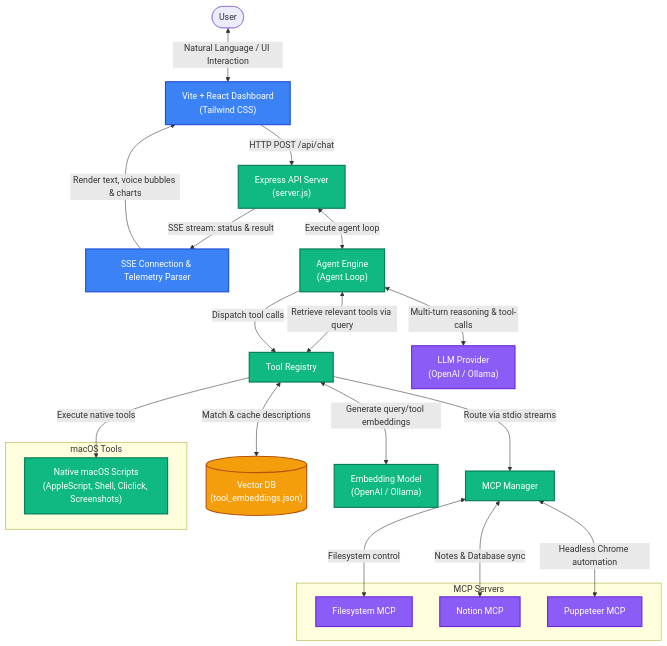
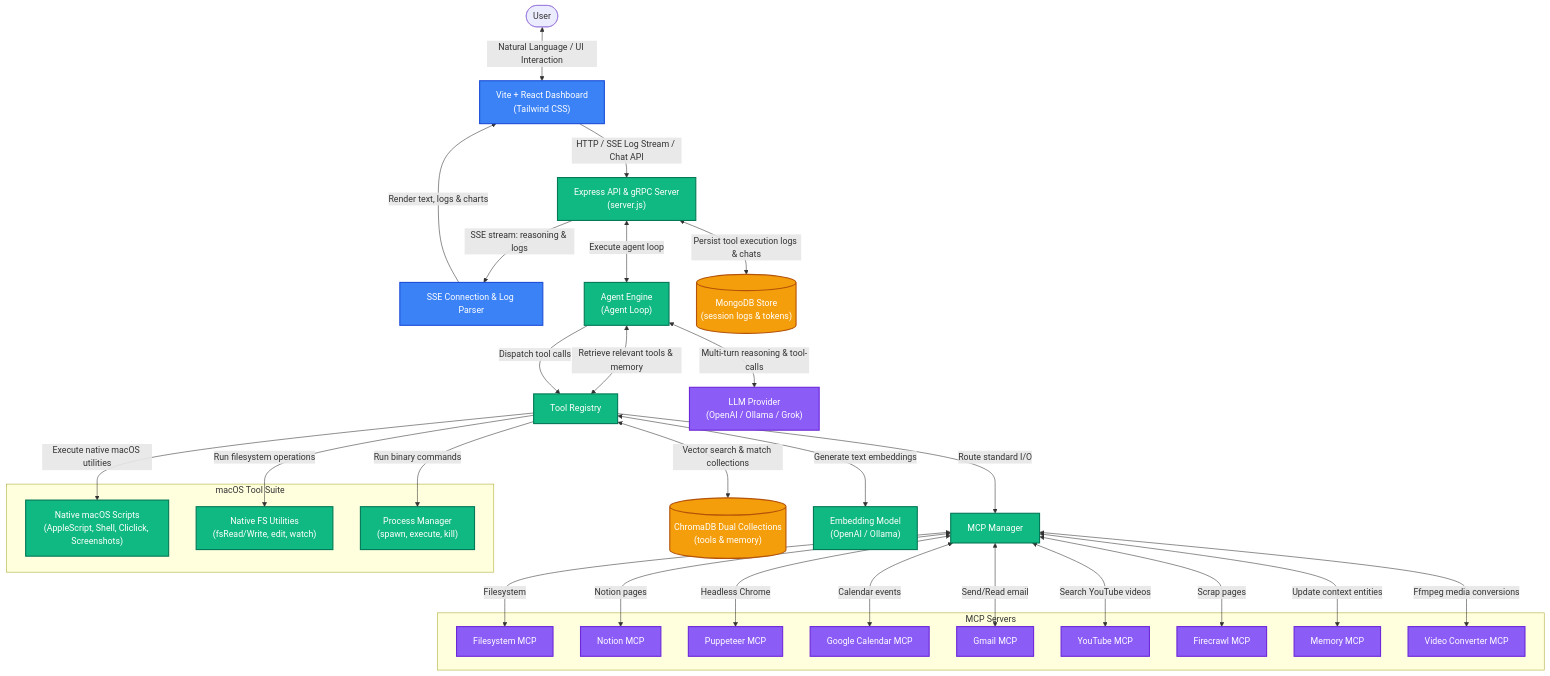
Before and after one commit to krishnakanthpathi/PersonalAssistant: the diagram in README.md, drawn with Mermaid. The commit also changed other lines of this file and 3 other files, not shown here.

````diff
--- a/README.md
+++ b/README.md
@@ -11,54 +11,72 @@
 ```mermaid
 graph TD
     %% Styling
     classDef frontend fill:#3b82f6,stroke:#1d4ed8,stroke-width:2px,color:#fff;
     classDef backend fill:#10b981,stroke:#047857,stroke-width:2px,color:#fff;
     classDef database fill:#f59e0b,stroke:#b45309,stroke-width:2px,color:#fff;
     classDef external fill:#8b5cf6,stroke:#6d28d9,stroke-width:2px,color:#fff;
 
     %% Nodes
     User([User])
     UI["Vite + React Dashboard<br/>(Tailwind CSS)"]:::frontend
-    SSE["SSE Connection & Telemetry Parser"]:::frontend
+    SSE["SSE Connection & Log Parser"]:::frontend
     
-    SRV["Express API Server<br/>(server.js)"]:::backend
+    SRV["Express API & gRPC Server<br/>(server.js)"]:::backend
     AGT["Agent Engine<br/>(Agent Loop)"]:::backend
     REG["Tool Registry"]:::backend
     MGR["MCP Manager"]:::backend
     
-    VDB[("Vector DB<br/>(tool_embeddings.json)")]:::database
+    C_DB[("ChromaDB Dual Collections<br/>(tools & memory)")]:::database
+    M_DB[("MongoDB Store<br/>(session logs & tokens)")]:::database
     EMB["Embedding Model<br/>(OpenAI / Ollama)"]:::backend
     
-    LLM["LLM Provider<br/>(OpenAI / Ollama)"]:::external
+    LLM["LLM Provider<br/>(OpenAI / Ollama / Grok)"]:::external
     
-    subgraph macOS Tools
+    subgraph macOS Tool Suite
         T_SYS["Native macOS Scripts<br/>(AppleScript, Shell, Cliclick, Screenshots)"]:::backend
+        T_FS["Native FS Utilities<br/>(fsRead/Write, edit, watch)"]:::backend
+        T_PROC["Process Manager<br/>(spawn, execute, kill)"]:::backend
     end
     
     subgraph MCP Servers
         M_FS["Filesystem MCP"]:::external
         M_NT["Notion MCP"]:::external
         M_PT["Puppeteer MCP"]:::external
+        M_GC["Google Calendar MCP"]:::external
+        M_GM["Gmail MCP"]:::external
+        M_YT["YouTube MCP"]:::external
+        M_FC["Firecrawl MCP"]:::external
+        M_MEM["Memory MCP"]:::external
+        M_VC["Video Converter MCP"]:::external
     end
 
     %% Connections
     User <--> |Natural Language / UI Interaction| UI
-    UI --> |HTTP POST /api/chat| SRV
-    SRV --> |SSE stream: status & result| SSE
-    SSE --> |Render text, voice bubbles & charts| UI
+    UI --> |HTTP / SSE Log Stream / Chat API| SRV
+    SRV --> |SSE stream: reasoning & logs| SSE
+    SSE --> |Render text, logs & charts| UI
     
     SRV <--> |Execute agent loop| AGT
-    AGT <--> |Retrieve relevant tools via query| REG
-    REG <--> |Match & cache descriptions| VDB
-    REG <--> |Generate query/tool embeddings| EMB
+    AGT <--> |Retrieve relevant tools & memory| REG
+    REG <--> |Vector search & match collections| C_DB
+    REG <--> |Generate text embeddings| EMB
+    SRV <--> |Persist tool execution logs & chats| M_DB
     
     AGT <--> |Multi-turn reasoning & tool-calls| LLM
     AGT --> |Dispatch tool calls| REG
     
-    REG --> |Execute native tools| T_SYS
-    REG --> |Route via stdio streams| MGR
+    REG --> |Execute native macOS utilities| T_SYS
+    REG --> |Run filesystem operations| T_FS
+    REG --> |Run binary commands| T_PROC
+    REG --> |Route standard I/O| MGR
     
-    MGR <--> |Filesystem control| M_FS
-    MGR <--> |Notes & Database sync| M_NT
-    MGR <--> |Headless Chrome automation| M_PT
+    MGR <--> |Filesystem| M_FS
+    MGR <--> |Notion pages| M_NT
+    MGR <--> |Headless Chrome| M_PT
+    MGR <--> |Calendar events| M_GC
+    MGR <--> |Send/Read email| M_GM
+    MGR <--> |Search YouTube videos| M_YT
+    MGR <--> |Scrap pages| M_FC
+    MGR <--> |Update context entities| M_MEM
+    MGR <--> |Ffmpeg media conversions| M_VC
 ```
````
